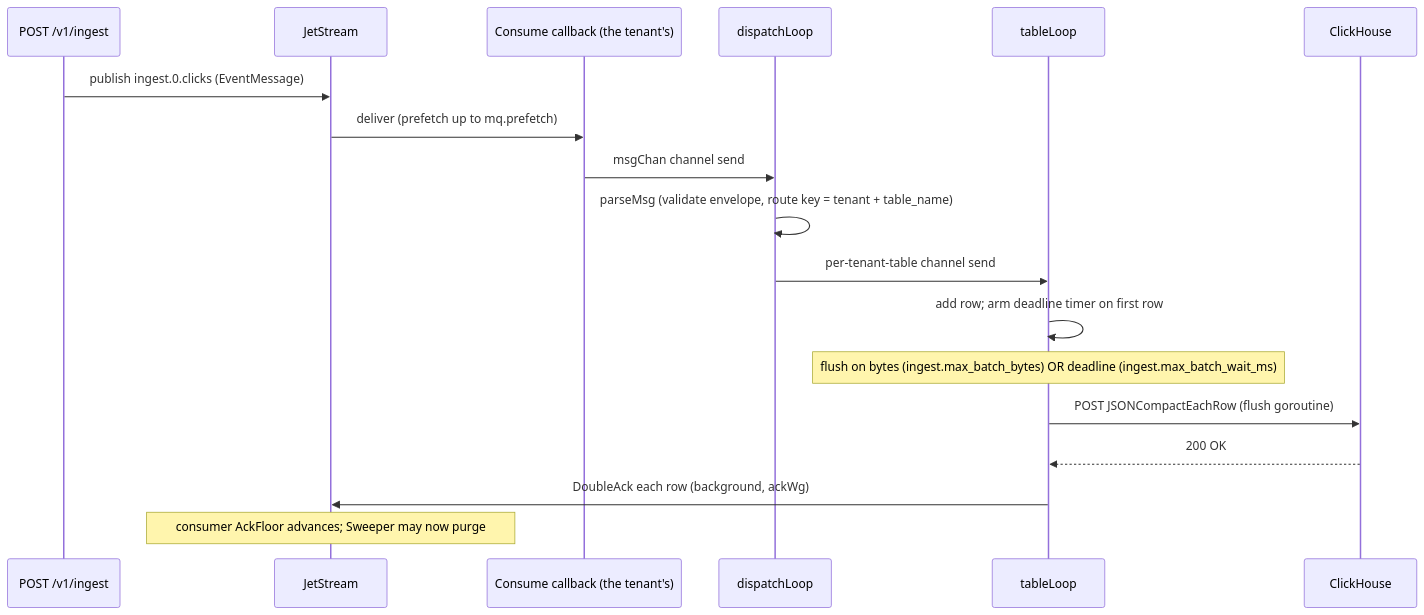
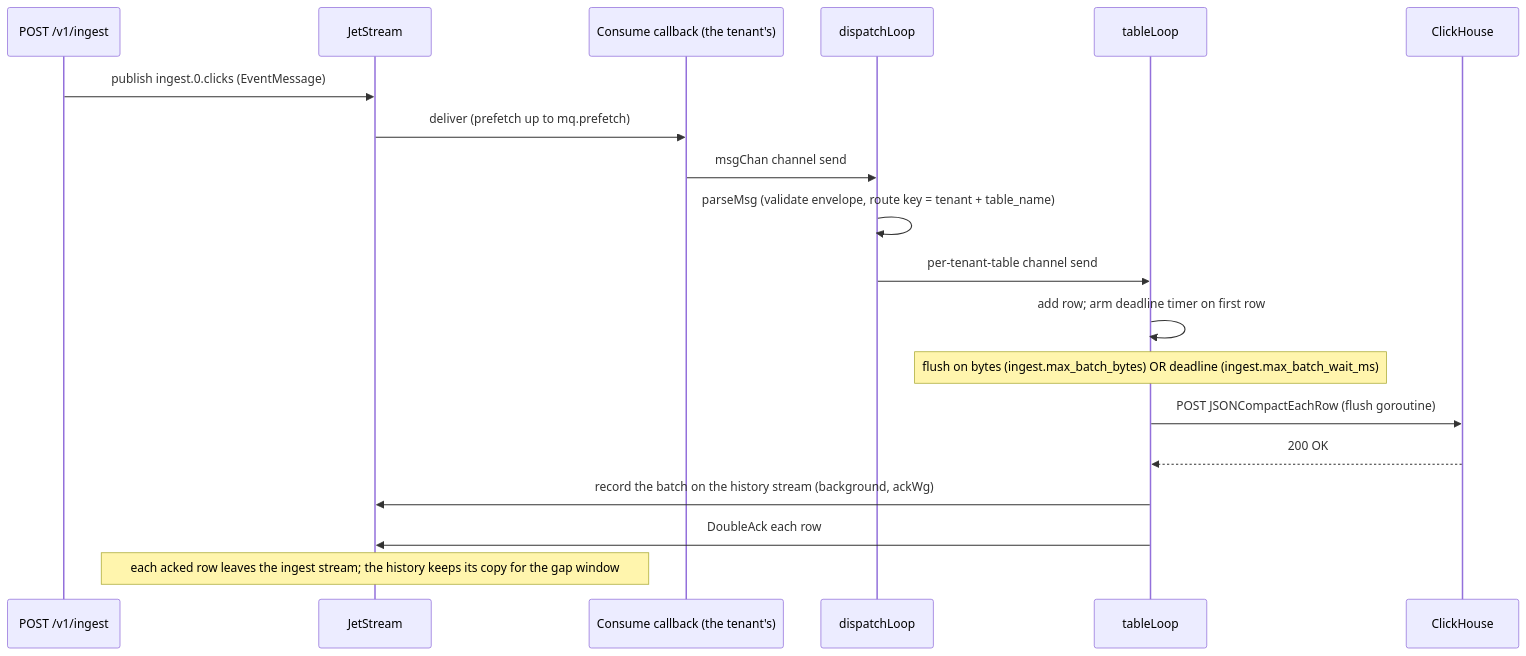
Before and after one commit to Wave-RF/WaveHouse: the second of 7 diagrams in docs/src/content/docs/ingest-pipeline.md, drawn with Mermaid. The commit also changed other lines of this file and 89 other files, not shown here.

Commit message:
fix(mq): work-queue ingest with a worker-written replay history

````diff
--- a/docs/src/content/docs/ingest-pipeline.md
+++ b/docs/src/content/docs/ingest-pipeline.md
@@ -74,20 +76,21 @@
 ```mermaid
 sequenceDiagram
     participant P as POST /v1/ingest
     participant JS as JetStream
     participant CB as Consume callback (the tenant's)
     participant D as dispatchLoop
     participant TL as tableLoop
     participant CH as ClickHouse
     P->>JS: publish ingest.0.clicks (EventMessage)
     JS->>CB: deliver (prefetch up to mq.prefetch)
     CB->>D: msgChan channel send
     D->>D: parseMsg (validate envelope, route key = tenant + table_name)
     D->>TL: per-tenant-table channel send
     TL->>TL: add row#59; arm deadline timer on first row
     Note over TL: flush on bytes (ingest.max_batch_bytes) OR deadline (ingest.max_batch_wait_ms)
     TL->>CH: POST JSONCompactEachRow (flush goroutine)
     CH-->>TL: 200 OK
-    TL->>JS: DoubleAck each row (background, ackWg)
-    Note over JS: consumer AckFloor advances#59; Sweeper may now purge
+    TL->>JS: record the batch on the history stream (background, ackWg)
+    TL->>JS: DoubleAck each row
+    Note over JS: each acked row leaves the ingest stream#59; the history keeps its copy for the gap window
 ```
````
